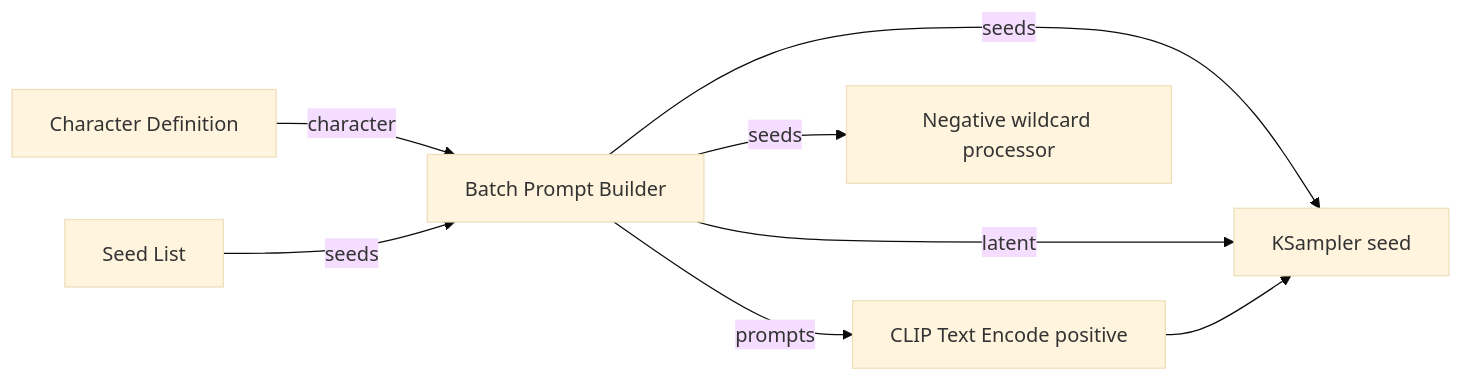
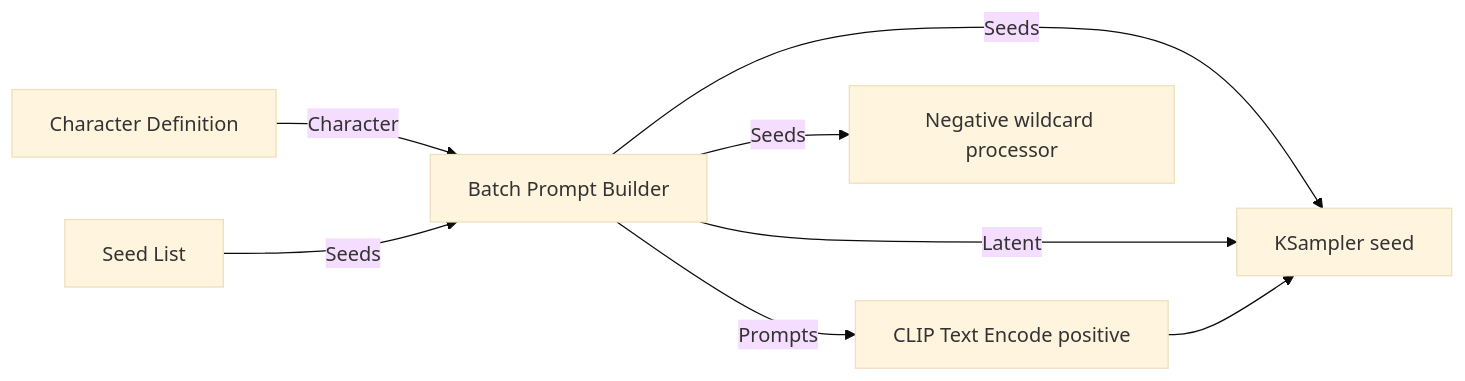
The diagram in README.md (ThedDryz/comfyui-batch-builder), drawn with Mermaid (base theme) before and after one commit. The commit also changed other lines of this file and 4 other files, not shown here.

Commit message:
Show readable parameter labels and place the wildcard switch beside batch

````diff
--- a/README.md
+++ b/README.md
@@ -96,10 +96,10 @@
 ```mermaid
 flowchart LR
-  charDef[Character Definition] -->|character| builder[Batch Prompt Builder]
-  seedList[Seed List] -->|seeds| builder
-  builder -->|prompts| posEncode[CLIP Text Encode positive]
-  builder -->|seeds| sampler[KSampler seed]
-  builder -->|latent| sampler
-  builder -->|seeds| negWildcard[Negative wildcard processor]
+  charDef[Character Definition] -->|Character| builder[Batch Prompt Builder]
+  seedList[Seed List] -->|Seeds| builder
+  builder -->|Prompts| posEncode[CLIP Text Encode positive]
+  builder -->|Seeds| sampler[KSampler seed]
+  builder -->|Latent| sampler
+  builder -->|Seeds| negWildcard[Negative wildcard processor]
   posEncode --> sampler
 ```
````
